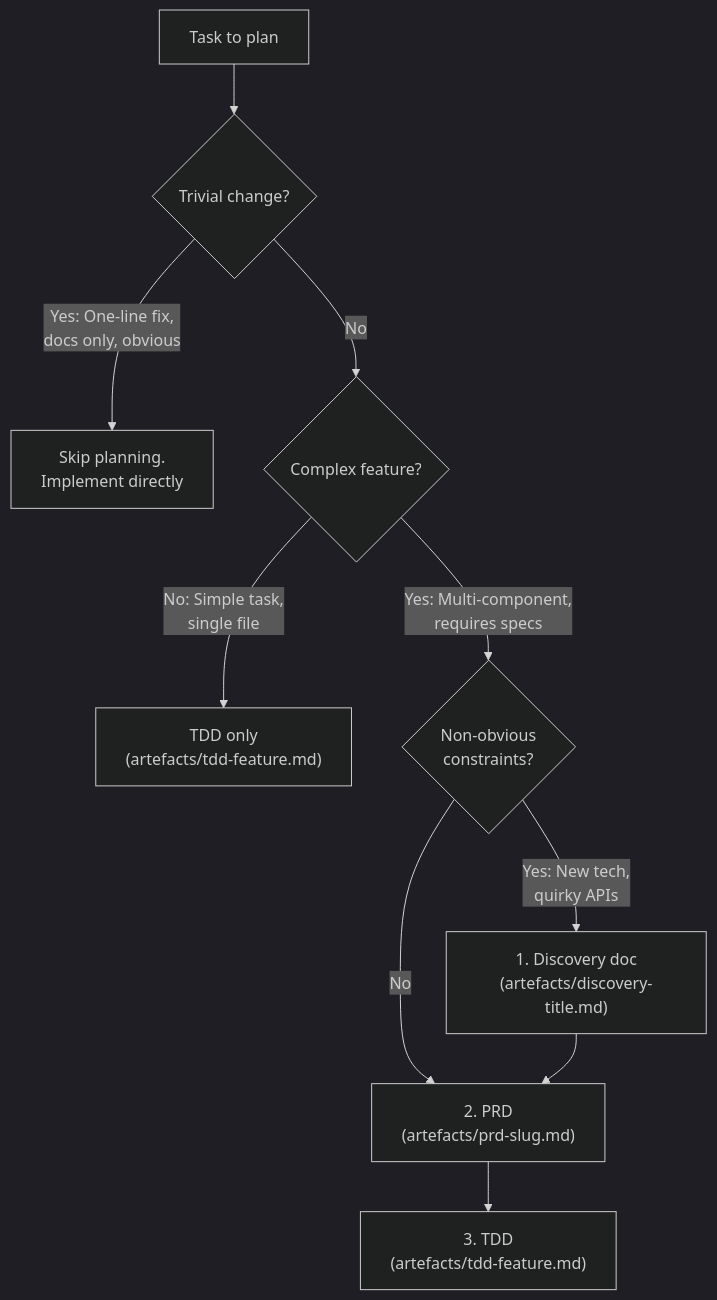
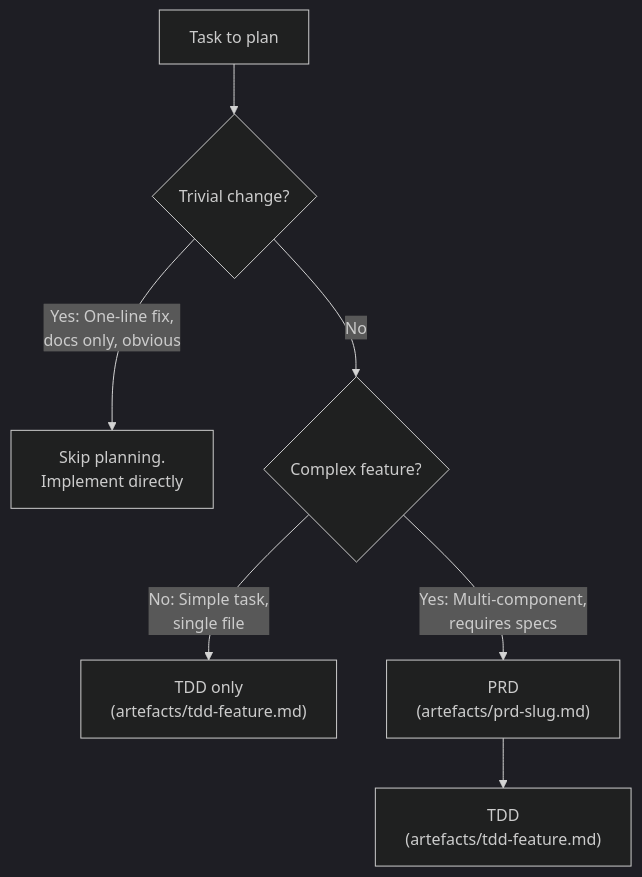
Before and after one commit to rstacruz/agentic-toolkit: the second of 2 diagrams in skill/atk/plan-with-tdd-and-prd/SKILL.md, drawn with Mermaid (dark theme). The commit also changed other lines of this file and 2 other files, not shown here.

Commit message:
docs: update planning, discovery, triangulate guidelines

````diff
--- a/skill/atk/plan-with-tdd-and-prd/SKILL.md
+++ b/skill/atk/plan-with-tdd-and-prd/SKILL.md
@@ -461,15 +480,11 @@
 ```mermaid
 flowchart TD
     Start["Task to plan"] --> Trivial{"Trivial change?"}
     Trivial -->|"Yes: One-line fix,<br>docs only, obvious"| Skip["Skip planning.<br>Implement directly"]
     Trivial -->|"No"| Complex{"Complex feature?"}
     
     Complex -->|"No: Simple task,<br>single file"| TDD["TDD only<br>(artefacts/tdd-feature.md)"]
-    Complex -->|"Yes: Multi-component,<br>requires specs"| Research{"Non-obvious<br>constraints?"}
+    Complex -->|"Yes: Multi-component,<br>requires specs"| PRD["PRD<br>(artefacts/prd-slug.md)"]
     
-    Research -->|"Yes: New tech,<br>quirky APIs"| Disco["1. Discovery doc<br>(artefacts/discovery-title.md)"]
-    Research -->|"No"| PRD["2. PRD<br>(artefacts/prd-slug.md)"]
-    
-    Disco --> PRD
-    PRD --> TDDFull["3. TDD<br>(artefacts/tdd-feature.md)"]
+    PRD --> TDDFull["TDD<br>(artefacts/tdd-feature.md)"]
 ```
````
